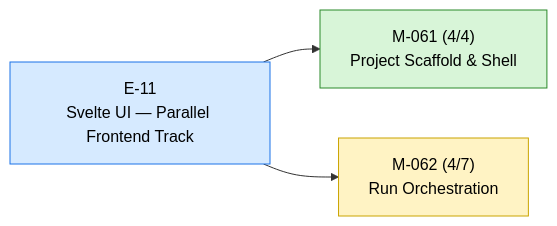
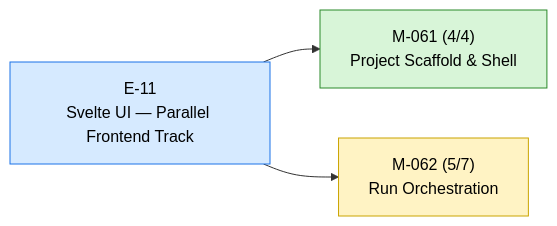
The diagram in STATUS.md (23min/FlowTime), drawn with Mermaid before and after one commit. The commit also changed other lines of this file and 1 other file, not shown here.

````diff
--- a/STATUS.md
+++ b/STATUS.md
@@ -12,14 +12,14 @@
 ```mermaid
 flowchart LR
   E_11["E-11<br/>Svelte UI — Parallel Frontend Track"]:::epic_active
   M_061["M-061 (4/4)<br/>Project Scaffold & Shell"]:::ms_done
   E_11 --> M_061
-  M_062["M-062 (4/7)<br/>Run Orchestration"]:::ms_in_progress
+  M_062["M-062 (5/7)<br/>Run Orchestration"]:::ms_in_progress
   E_11 --> M_062
   classDef epic_active fill:#d6eaff,stroke:#1a73e8,color:#000
   classDef epic_proposed fill:#f4f4f4,stroke:#888,color:#000
   classDef ms_done fill:#d8f5d8,stroke:#2a8a2a,color:#000
   classDef ms_in_progress fill:#fff3c4,stroke:#caa400,color:#000
   classDef ms_draft fill:#f4f4f4,stroke:#888,color:#000
   classDef ms_cancelled fill:#fbeaea,stroke:#c33,color:#000
 ```
````
